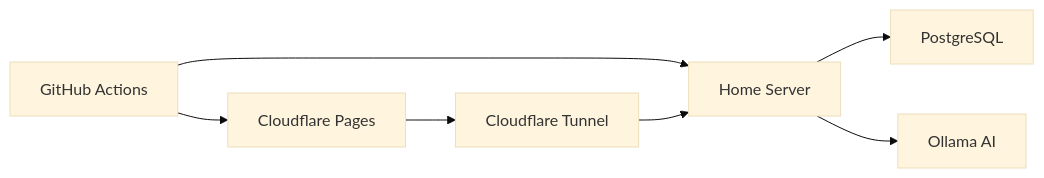
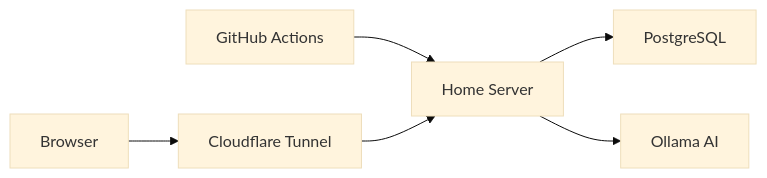
The diagram in .github/workflows/README.md (DigiBanks99/menlo), drawn with Mermaid (base theme) before and after one commit. The commit also changed other lines of this file and 14 other files, not shown here.

````diff
--- a/.github/workflows/README.md
+++ b/.github/workflows/README.md
@@ -52,9 +48,8 @@
 ```mermaid
 graph LR
-    A[GitHub Actions] --> B[Cloudflare Pages]
-    A --> C[Home Server]
-    B --> D[Cloudflare Tunnel]
+    A[GitHub Actions] --> C[Home Server]
+    U[Browser] --> D[Cloudflare Tunnel]
     D --> C
     C --> E[PostgreSQL]
     C --> F[Ollama AI]
 ```
````
